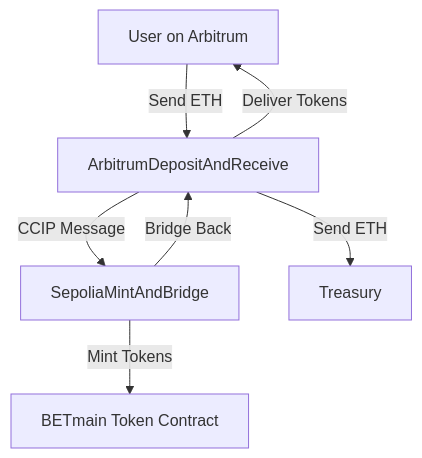
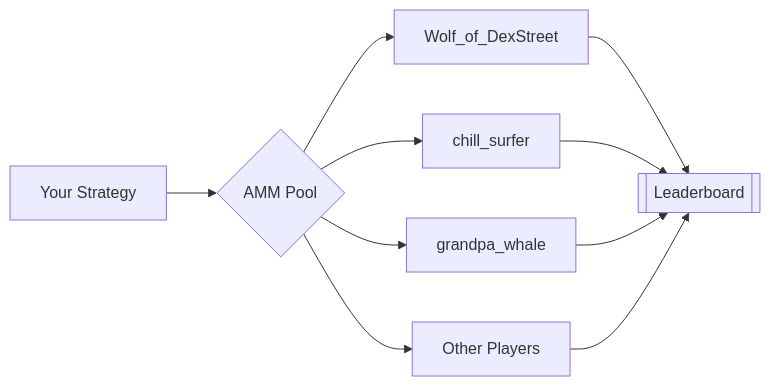
One commit to prateushsharma/AutoPool.BET changed the diagram in Readme.md. Above: the diagram before and after it, drawn with Mermaid. The commit also changed other lines of this file and 1 other file, not shown here.

````diff
--- a/Readme.md
+++ b/Readme.md
@@ -31,9 +42,12 @@
-```mermaid
-graph TD
-    A[User on Arbitrum] -->|Send ETH| B[ArbitrumDepositAndReceive]
-    B -->|CCIP Message| C[SepoliaMintAndBridge]
-    C -->|Mint Tokens| D[BETmain Token Contract]
-    C -->|Bridge Back| B
-    B -->|Deliver Tokens| A
-    B -->|Send ETH| E[Treasury]
-```
+```mermaid  
+graph LR  
+  A[Your Strategy] --> B{AMM Pool}  
+  B --> C[Wolf_of_DexStreet]  
+  B --> D[chill_surfer]  
+  B --> E[grandpa_whale]  
+  B --> F[Other Players]  
+  C --> G[[Leaderboard]]  
+  D --> G  
+  E --> G  
+  F --> G  
+```  
````
